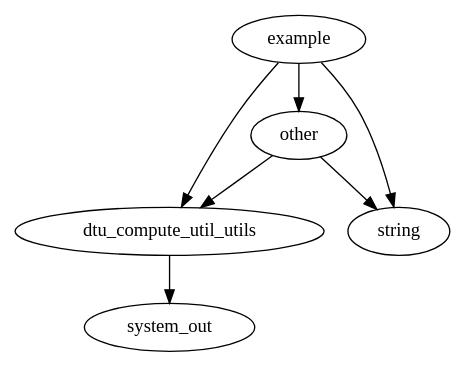
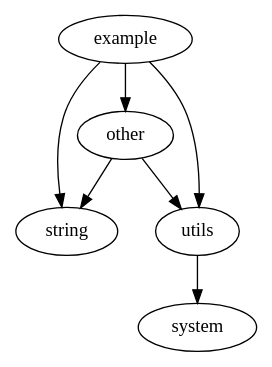
Before and after one commit to Thomaslorentzen/PA2023_GRP7: the diagram in output.dot, drawn with Graphviz. The commit also changed 4 other files, not shown here.

Commit message:
Code Refactored To get the Correct Graph

```diff
--- a/output.dot
+++ b/output.dot
@@ -1,9 +1,9 @@
 digraph G { 
-other -> dtu_compute_util_utils
-other -> string[]
-dtu_compute_util_utils -> system_out
+other -> string
+other -> utils
+utils -> system
 example -> other
-example ->  dtu_compute_util_utils
+example -> string
+example -> utils
 
-example -> string[]
 }
```
